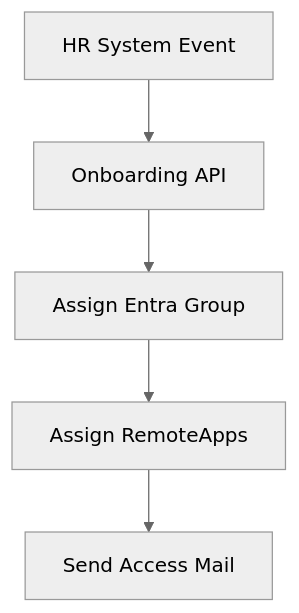
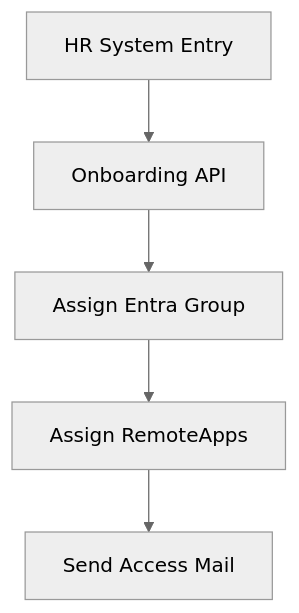
One commit to Devopstrio/avd-automation-runbook changed diagram 12 of 20 in README.md. Above: the diagram before and after it, drawn with Mermaid (neutral theme). The commit also changed other lines of this file, not shown here.

Commit message:
docs: fix Mermaid diagram syntax and upgrade to flowchart for better rendering

````diff
--- a/README.md
+++ b/README.md
@@ -162,7 +162,7 @@
 ```mermaid
-graph TD
-    HR[HR System Event] --> Webhook[Onboarding API]
-    Webhook --> Group[Assign Entra Group]
-    Group --> App[Assign RemoteApps]
-    App --> Welcome[Send Access Mail]
+flowchart TD
+    HR["HR System Entry"] --> Webhook["Onboarding API"]
+    Webhook["Onboarding API"] --> Group["Assign Entra Group"]
+    Group["Assign Entra Group"] --> App["Assign RemoteApps"]
+    App["Assign RemoteApps"] --> Welcome["Send Access Mail"]
 ```
````
